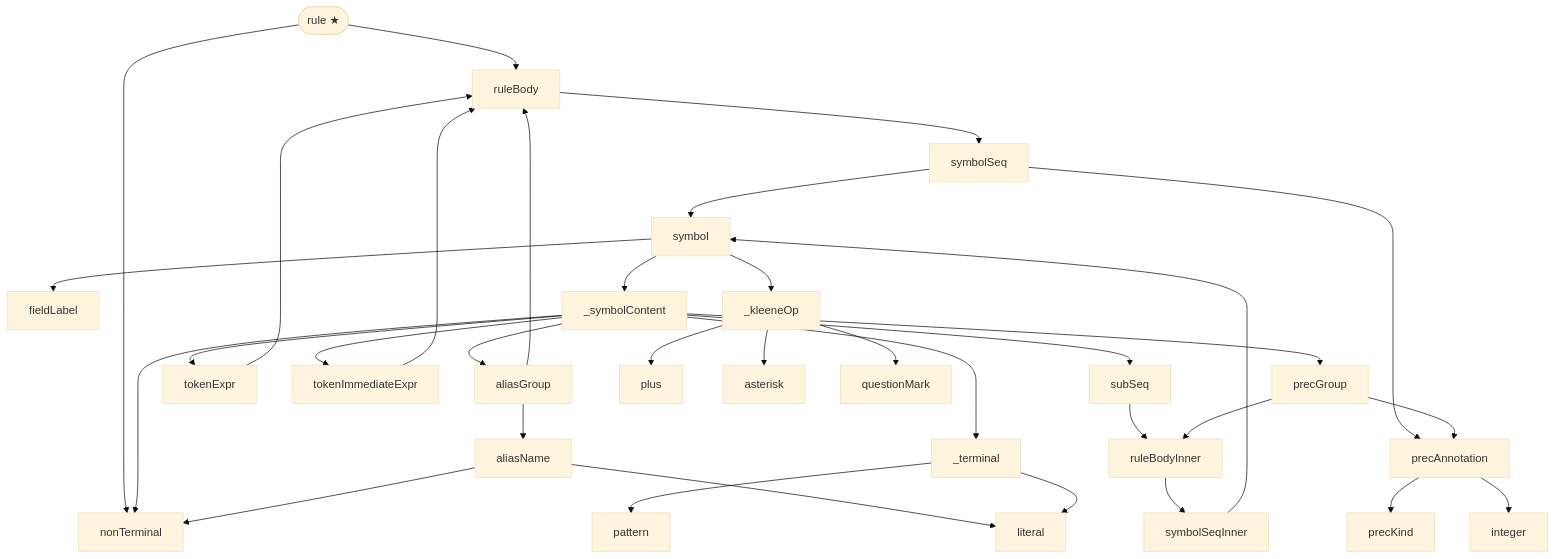
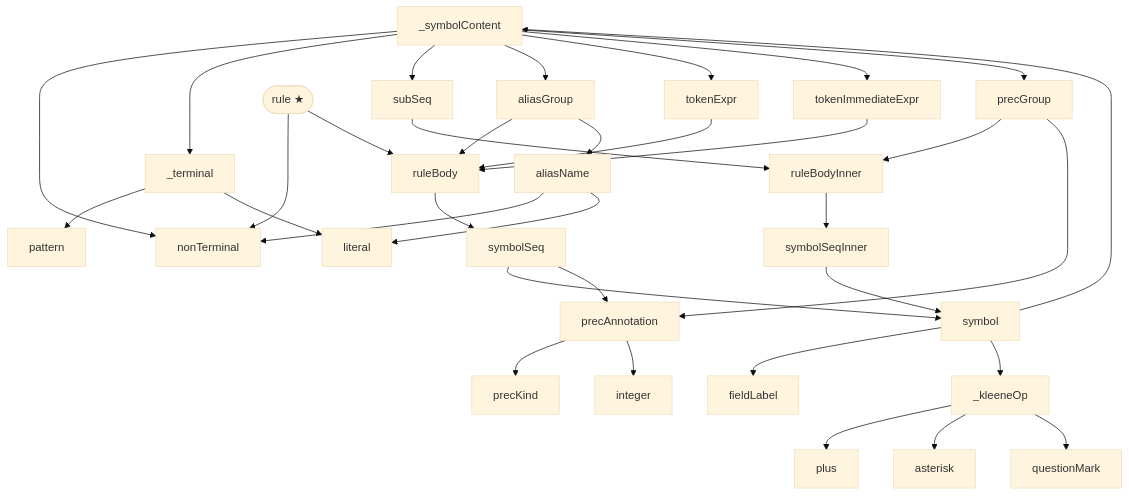
Before and after one commit to ambs/tree-sitter-bnf-tools: the second of 2 diagrams in docs/tutorial.md, drawn with Mermaid (base theme). The commit also changed other lines of this file and 4 other files, not shown here.

First line of the commit message:
fix(graph): honor %axiom as start symbol; escape DOT/Mermaid identifiers

````diff
--- a/docs/tutorial.md
+++ b/docs/tutorial.md
@@ -826,38 +828,62 @@
 ```mermaid
 graph TD
-  rule(["rule  ★"])
+  _kleeneOp_["_kleeneOp"]
+  _symbolContent_["_symbolContent"]
+  _terminal_["_terminal"]
+  aliasGroup_["aliasGroup"]
+  aliasName_["aliasName"]
+  asterisk_["asterisk"]
+  fieldLabel_["fieldLabel"]
+  integer_["integer"]
+  literal_["literal"]
+  nonTerminal_["nonTerminal"]
+  pattern_["pattern"]
+  plus_["plus"]
+  precAnnotation_["precAnnotation"]
+  precGroup_["precGroup"]
+  precKind_["precKind"]
+  questionMark_["questionMark"]
+  rule_(["rule  ★"])
+  ruleBody_["ruleBody"]
+  ruleBodyInner_["ruleBodyInner"]
+  subSeq_["subSeq"]
+  symbol_["symbol"]
+  symbolSeq_["symbolSeq"]
+  symbolSeqInner_["symbolSeqInner"]
+  tokenExpr_["tokenExpr"]
+  tokenImmediateExpr_["tokenImmediateExpr"]
 
-  rule --> nonTerminal
-  rule --> ruleBody
-  ruleBody --> symbolSeq
-  symbolSeq --> symbol
-  symbolSeq --> precAnnotation
-  ruleBodyInner --> symbolSeqInner
-  symbolSeqInner --> symbol
-  symbol --> fieldLabel
-  symbol --> _symbolContent
-  symbol --> _kleeneOp
-  _symbolContent --> nonTerminal
-  _symbolContent --> _terminal
-  _symbolContent --> subSeq
-  _symbolContent --> aliasGroup
-  _symbolContent --> tokenExpr
-  _symbolContent --> tokenImmediateExpr
-  _symbolContent --> precGroup
-  subSeq --> ruleBodyInner
-  aliasGroup --> ruleBody
-  aliasGroup --> aliasName
-  aliasName --> nonTerminal
-  aliasName --> literal
-  tokenExpr --> ruleBody
-  tokenImmediateExpr --> ruleBody
-  precGroup --> ruleBodyInner
-  precGroup --> precAnnotation
-  _kleeneOp --> plus
-  _kleeneOp --> asterisk
-  _kleeneOp --> questionMark
-  precAnnotation --> precKind
-  precAnnotation --> integer
-  _terminal --> pattern
-  _terminal --> literal
+  rule_ --> nonTerminal_
+  rule_ --> ruleBody_
+  ruleBody_ --> symbolSeq_
+  symbolSeq_ --> symbol_
+  symbolSeq_ --> precAnnotation_
+  ruleBodyInner_ --> symbolSeqInner_
+  symbolSeqInner_ --> symbol_
+  symbol_ --> fieldLabel_
+  symbol_ --> _symbolContent_
+  symbol_ --> _kleeneOp_
+  _symbolContent_ --> nonTerminal_
+  _symbolContent_ --> _terminal_
+  _symbolContent_ --> subSeq_
+  _symbolContent_ --> aliasGroup_
+  _symbolContent_ --> tokenExpr_
+  _symbolContent_ --> tokenImmediateExpr_
+  _symbolContent_ --> precGroup_
+  subSeq_ --> ruleBodyInner_
+  aliasGroup_ --> ruleBody_
+  aliasGroup_ --> aliasName_
+  aliasName_ --> nonTerminal_
+  aliasName_ --> literal_
+  tokenExpr_ --> ruleBody_
+  tokenImmediateExpr_ --> ruleBody_
+  precGroup_ --> ruleBodyInner_
+  precGroup_ --> precAnnotation_
+  _kleeneOp_ --> plus_
+  _kleeneOp_ --> asterisk_
+  _kleeneOp_ --> questionMark_
+  precAnnotation_ --> precKind_
+  precAnnotation_ --> integer_
+  _terminal_ --> pattern_
+  _terminal_ --> literal_
 ```
````
